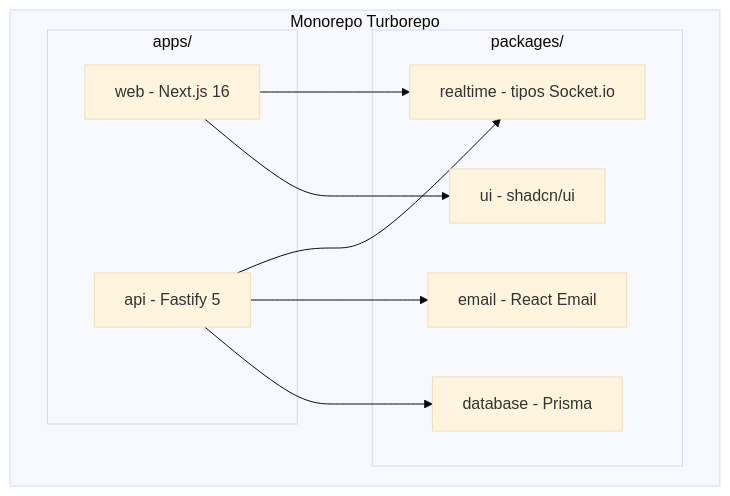
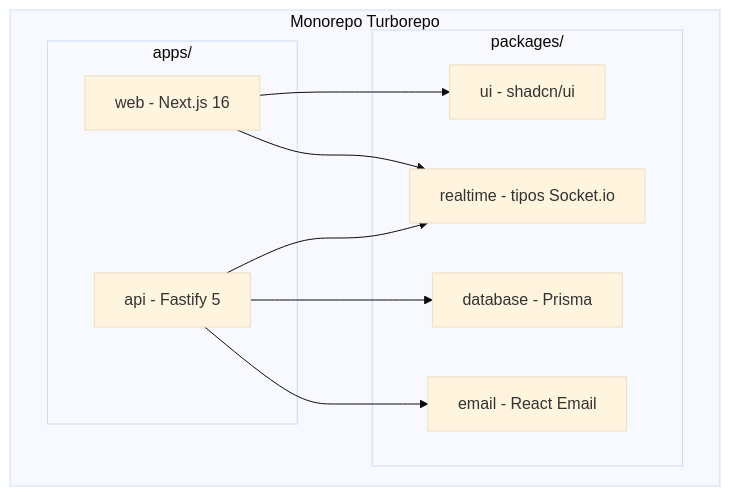
One commit to felipefontoura/spec-driven-development-book changed the fifth of 15 diagrams in BOOK.pt-BR.md. Above: the diagram before and after it, drawn with Mermaid (base theme). The commit also changed other lines of this file and 1 other file, not shown here.

````diff
--- a/BOOK.pt-BR.md
+++ b/BOOK.pt-BR.md
@@ -802,24 +841,24 @@
 ```mermaid
 flowchart TB
     subgraph MONO["Monorepo Turborepo"]
         subgraph APPS["apps/"]
             WEB["web - Next.js 16"]
             API["api - Fastify 5"]
         end
         subgraph PKGS["packages/"]
             UI["ui - shadcn/ui"]
+            RT["realtime - tipos Socket.io"]
             DB["database - Prisma"]
             EMAIL["email - React Email"]
-            RT["realtime - tipos Socket.io"]
         end
     end
 
     WEB --> UI
+    WEB --> RT
+    API --> RT
     API --> DB
     API --> EMAIL
-    WEB --> RT
-    API --> RT
 
     class WEB,API accent;
     class UI,DB,EMAIL,RT neutral;
 ```
````
